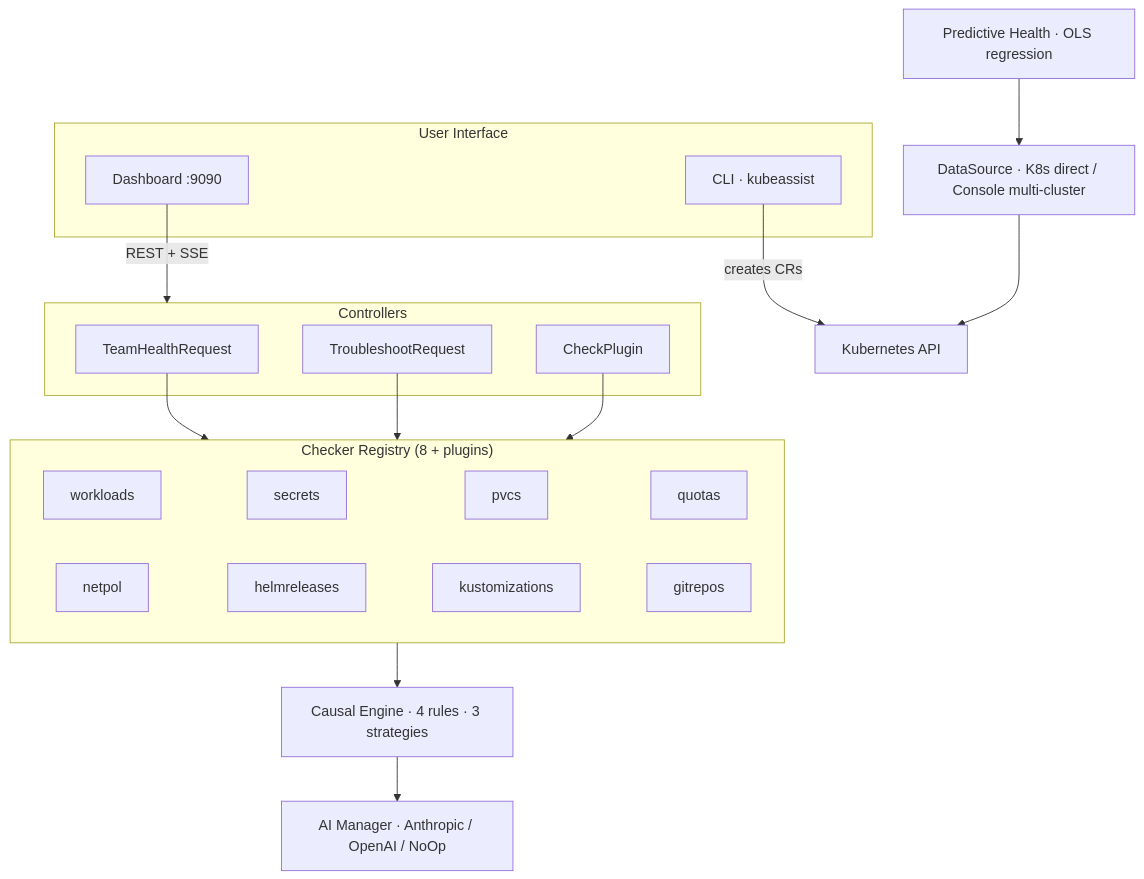
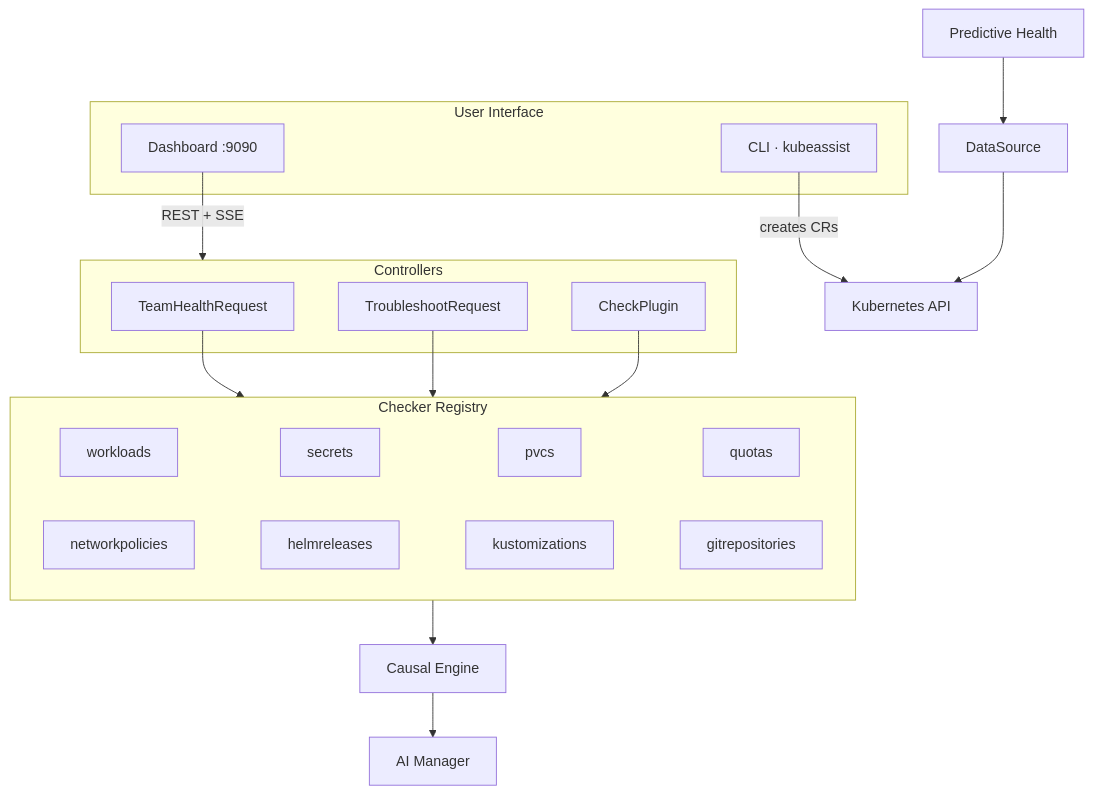
Before and after one commit to osagberg/kube-assist-operator: the diagram in README.md, drawn with Mermaid. The commit also changed other lines of this file and 11 other files, not shown here.

````diff
--- a/README.md
+++ b/README.md
@@ -637,31 +216,31 @@
 ```mermaid
 flowchart TD
     subgraph UI["User Interface"]
         CLI["CLI · kubeassist"]
         Dash["Dashboard :9090"]
     end
 
     subgraph Controllers
         THR["TeamHealthRequest"]
         TR["TroubleshootRequest"]
         CP["CheckPlugin"]
     end
 
-    subgraph Checkers["Checker Registry (8 + plugins)"]
+    subgraph Checkers["Checker Registry"]
         W["workloads"] ~~~ S["secrets"] ~~~ P["pvcs"] ~~~ Q["quotas"]
-        N["netpol"] ~~~ HR["helmreleases"] ~~~ K["kustomizations"] ~~~ GR["gitrepos"]
+        N["networkpolicies"] ~~~ HR["helmreleases"] ~~~ K["kustomizations"] ~~~ GR["gitrepositories"]
     end
 
-    Causal["Causal Engine · 4 rules · 3 strategies"]
-    AI["AI Manager · Anthropic / OpenAI / NoOp"]
-    Predict["Predictive Health · OLS regression"]
-    DS["DataSource · K8s direct / Console multi-cluster"]
+    Causal["Causal Engine"]
+    AI["AI Manager"]
+    Predict["Predictive Health"]
+    DS["DataSource"]
     K8s["Kubernetes API"]
 
     CLI -->|creates CRs| K8s
     Dash -->|REST + SSE| Controllers
     THR & TR & CP --> Checkers
     Checkers --> Causal --> AI
     Predict --> DS
     DS --> K8s
 ```
````
